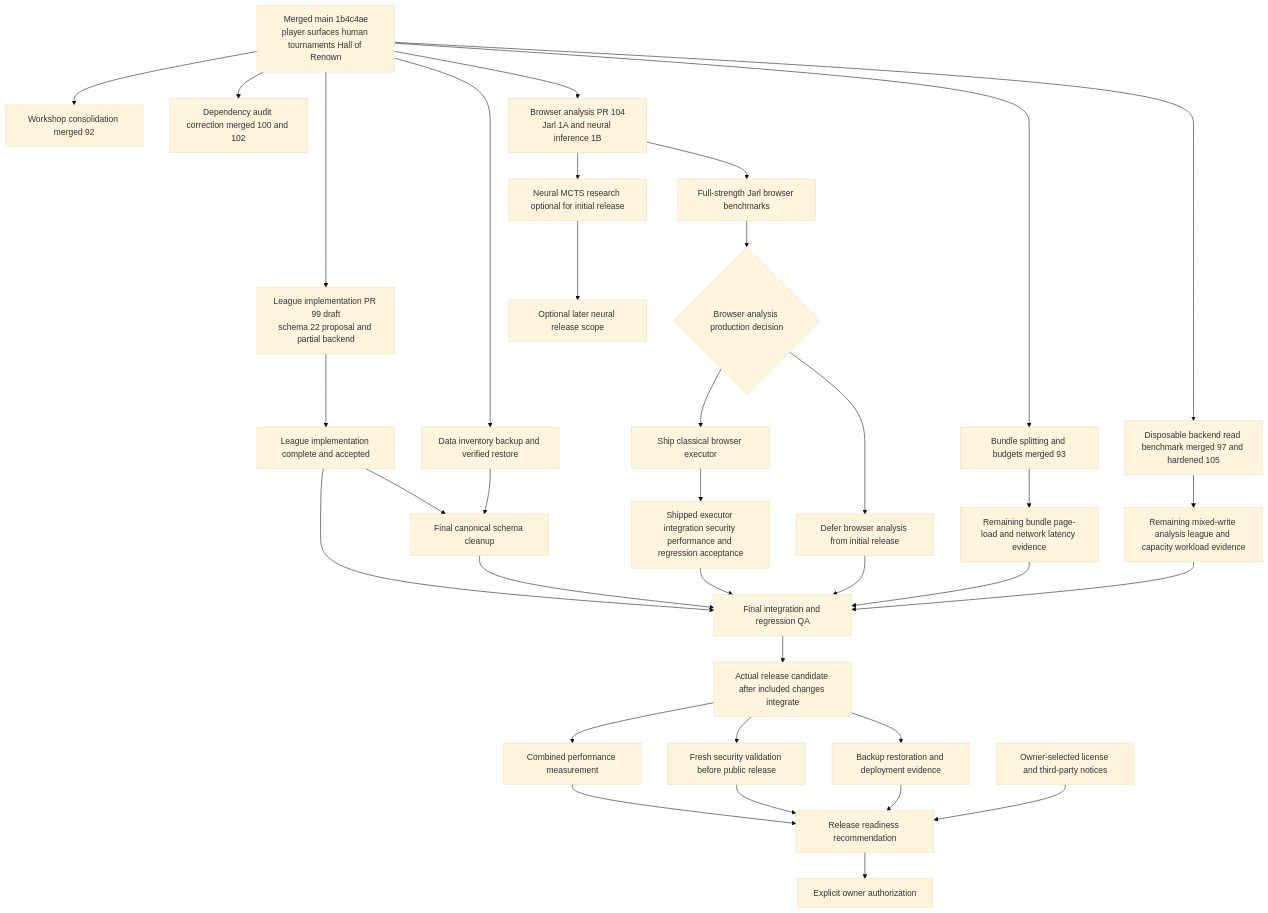
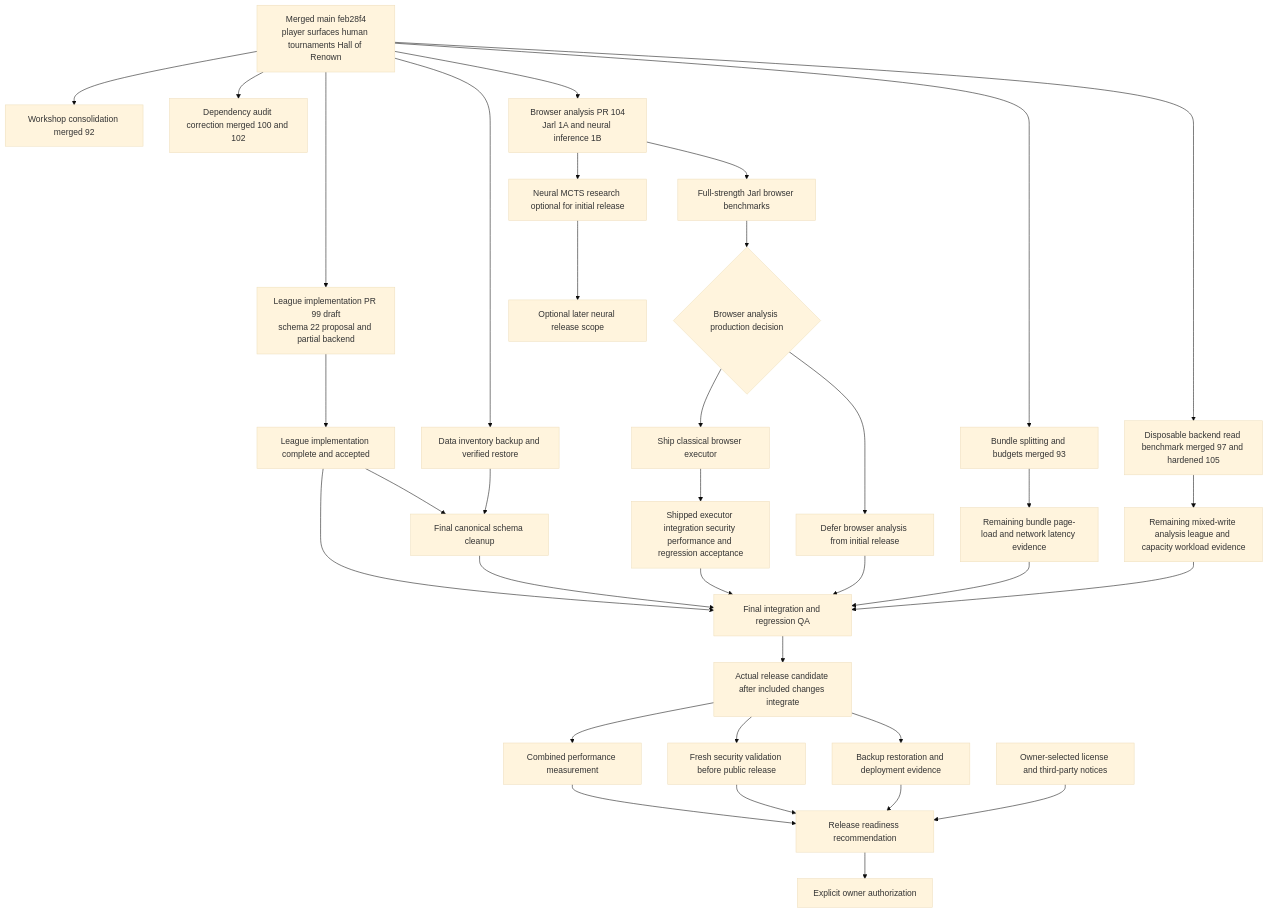
The diagram in docs/designs/arena-current-completeness.md (freeDom-/hnefatafl), drawn with Mermaid (base theme) before and after one commit. The commit also changed other lines of this file and 3 other files, not shown here.

Commit message:
docs: align roadmap with merged browser analysis and release 0.41.0

````diff
--- a/docs/designs/arena-current-completeness.md
+++ b/docs/designs/arena-current-completeness.md
@@ -221,47 +228,47 @@
 ```mermaid
 flowchart TD
-  M[Merged main 1b4c4ae<br/>player surfaces human tournaments Hall of Renown]
+  M[Merged main feb28f4<br/>player surfaces human tournaments Hall of Renown]
   W[Workshop consolidation merged 92]
   AUD[Dependency audit correction merged 100 and 102]
   B[Bundle splitting and budgets merged 93]
   R[Disposable backend read benchmark merged 97 and hardened 105]
   M --> W
   M --> AUD
   M --> B
   M --> R
 
   M --> L[League implementation PR 99 draft<br/>schema 22 proposal and partial backend]
   L --> LU[League implementation complete and accepted]
   LU --> SC[Final canonical schema cleanup]
   M --> DI[Data inventory backup and verified restore]
   DI --> SC
 
   LU --> QA[Final integration and regression QA]
   SC --> QA
 
   M --> BX[Browser analysis PR 104<br/>Jarl 1A and neural inference 1B]
   BX --> BJ[Full-strength Jarl browser benchmarks]
   BX --> NM[Neural MCTS research optional for initial release]
   BJ --> AD{Browser analysis production decision}
   AD --> SHIP[Ship classical browser executor]
   AD --> DEFER[Defer browser analysis from initial release]
   SHIP --> AX[Shipped executor integration security performance and regression acceptance]
   AX --> QA
   DEFER --> QA
   NM --> LATER[Optional later neural release scope]
 
   B --> P1[Remaining bundle page-load and network latency evidence]
   R --> P2[Remaining mixed-write analysis league and capacity workload evidence]
   P1 --> QA
   P2 --> QA
 
   QA --> CAND[Actual release candidate after included changes integrate]
   CAND --> PERF[Combined performance measurement]
   CAND --> SEC[Fresh security validation before public release]
   CAND --> DEP[Backup restoration and deployment evidence]
   PERF --> REL[Release readiness recommendation]
   SEC --> REL
   DEP --> REL
   LIC[Owner-selected license and third-party notices] --> REL
   REL --> OWN[Explicit owner authorization]
 ```
````
